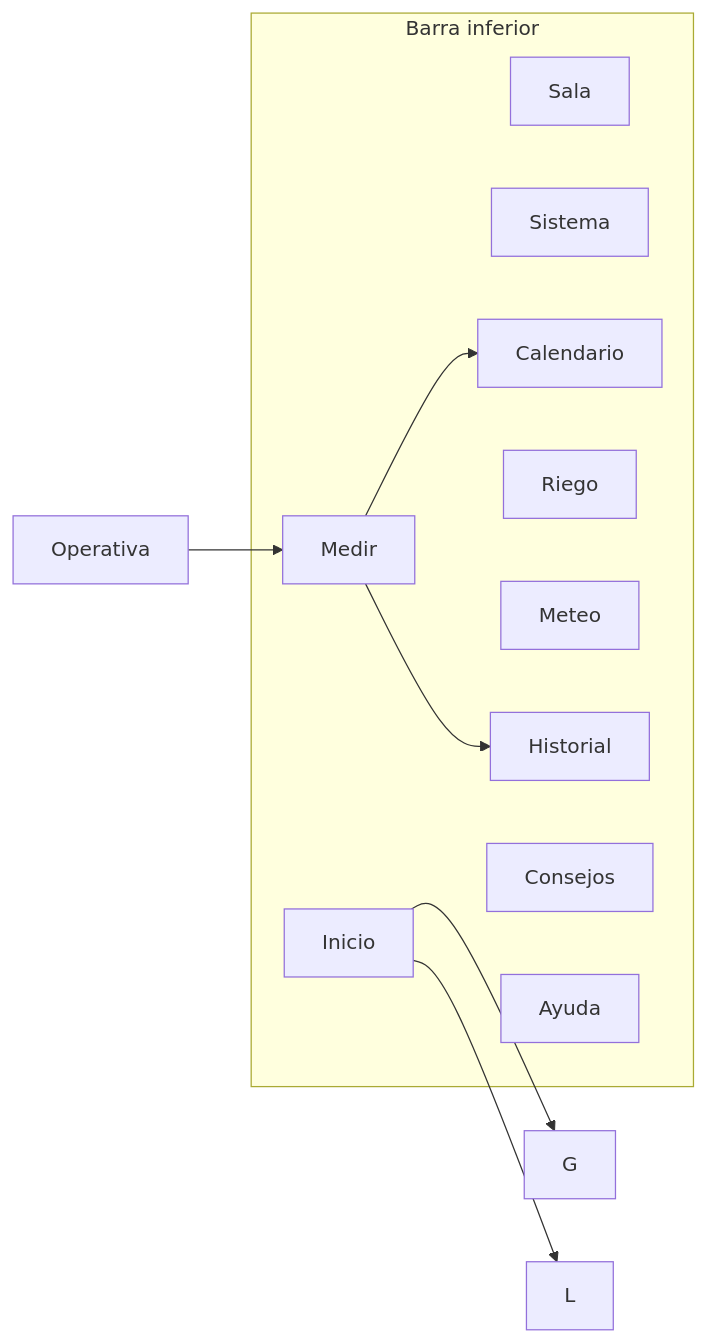
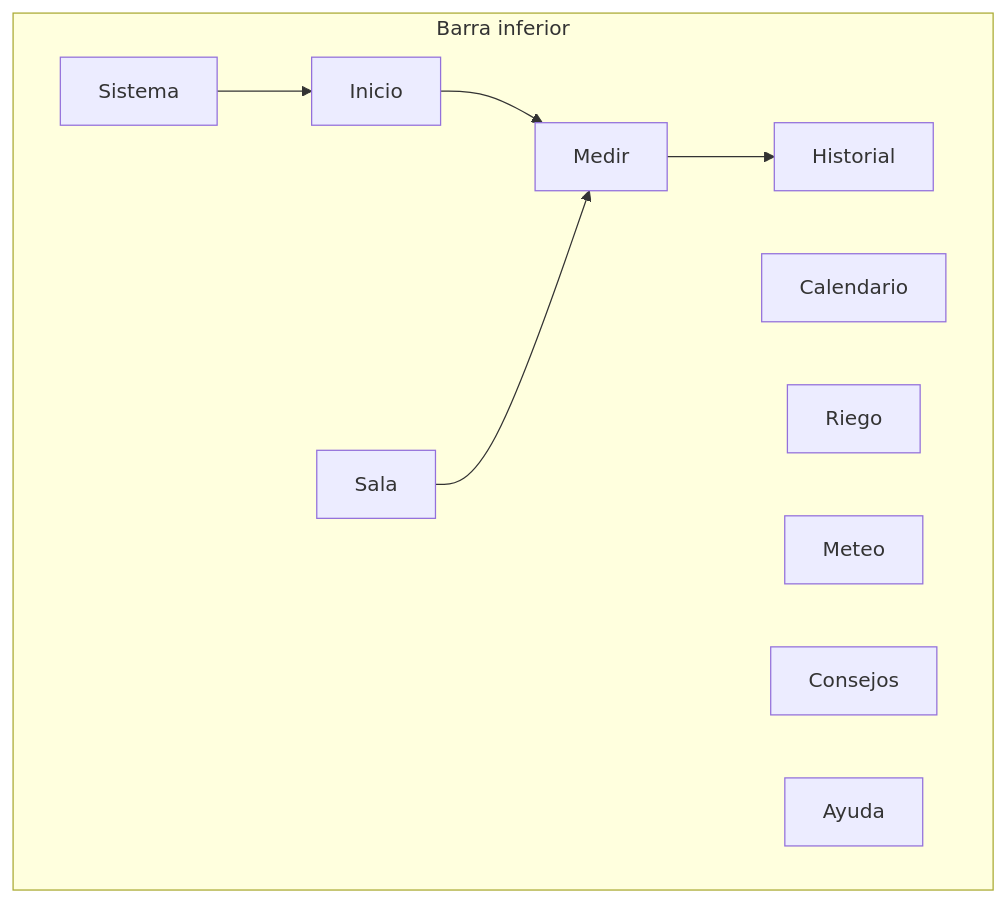
One commit to Debrin77/HidroGrow-web changed the tenth of 10 diagrams in docs/diagrama-flujo-hidrogrow.md. Above: the diagram before and after it, drawn with Mermaid. The commit also changed other lines of this file and 9 other files, not shown here.

First line of the commit message:
perf60: unificar checklist enraizado y diagrama de flujo completo

````diff
--- a/docs/diagrama-flujo-hidrogrow.md
+++ b/docs/diagrama-flujo-hidrogrow.md
@@ -101,20 +228,19 @@
 ```mermaid
-flowchart LR
+flowchart TB
   subgraph Tabs[Barra inferior]
     I[Inicio]
     Me[Medir]
     Sa[Sala]
     Si[Sistema]
     Ca[Calendario]
     Ri[Riego]
     Mt[Meteo]
     Hi[Historial]
     Co[Consejos]
     Ay[Ayuda]
   end
-  O[Operativa] --> Me
+  I --> Me
   Me --> Hi
-  Me --> Ca
-  I --> G
-  I --> L
+  Si --> I
+  Sa --> Me
 ```
````
